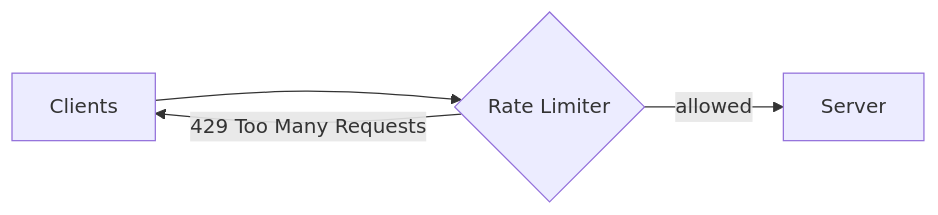
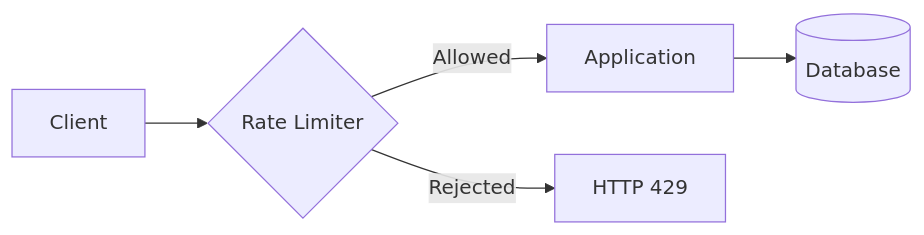
Before and after one commit to HARRISAMIN432/system-design-hld: the second of 9 diagrams in 12_Rate_limiting/README.md, drawn with Mermaid. The commit also changed other lines of this file and 11 other files, not shown here.

````diff
--- a/12_Rate_limiting/README.md
+++ b/12_Rate_limiting/README.md
@@ -88,6 +266,7 @@
 ```mermaid
 flowchart LR
-    C["Clients"] --> RL{"Rate Limiter"}
-    RL -- "allowed" --> S["Server"]
-    RL -- "429 Too Many Requests" --> C
+    C["Client"] --> R{"Rate Limiter"}
+    R -->|"Allowed"| A["Application"]
+    R -->|"Rejected"| X["HTTP 429"]
+    A --> D[("Database")]
 ```
````
